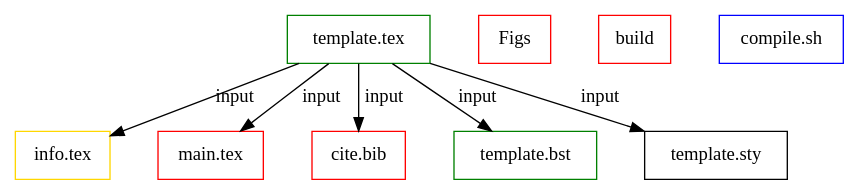
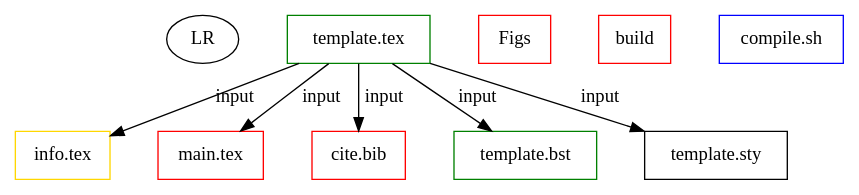
Before and after one commit to bwtian/texTemplate: the diagram in texTemplate.org, drawn with Graphviz. The commit also changed other lines of this file and 1 other file, not shown here.

```diff
--- a/texTemplate.org
+++ b/texTemplate.org
@@ -4,24 +4,25 @@
 #+BEGIN_SRC dot :file ./texTemplate.svg 
   digraph { 
+  LR
   fontname="Times"; 
   fontsize = 12; 
   splines = false; 
   ranksep = 0.5; 
   nodesep = 0.5; 
   node [shape = box] 
   //1. set node 
   temp [label = "template.tex", color = green]
   info [label = "info.tex", color = gold]
   main [label = "main.tex", color = red]
   bib [label = "cite.bib", color = red]
   bst [label = "template.bst", color = green]
   sty [label = "template.sty"]
   fig [label = "Figs", color=red]
   build [label  = "build", color = red]
   gen [label = "compile.sh", color = blue]
   //2. set path 
   temp -> {info,main, bib, bst, sty} [label = input]
   //3. set rank 
 
   }
 #+END_SRC
```
